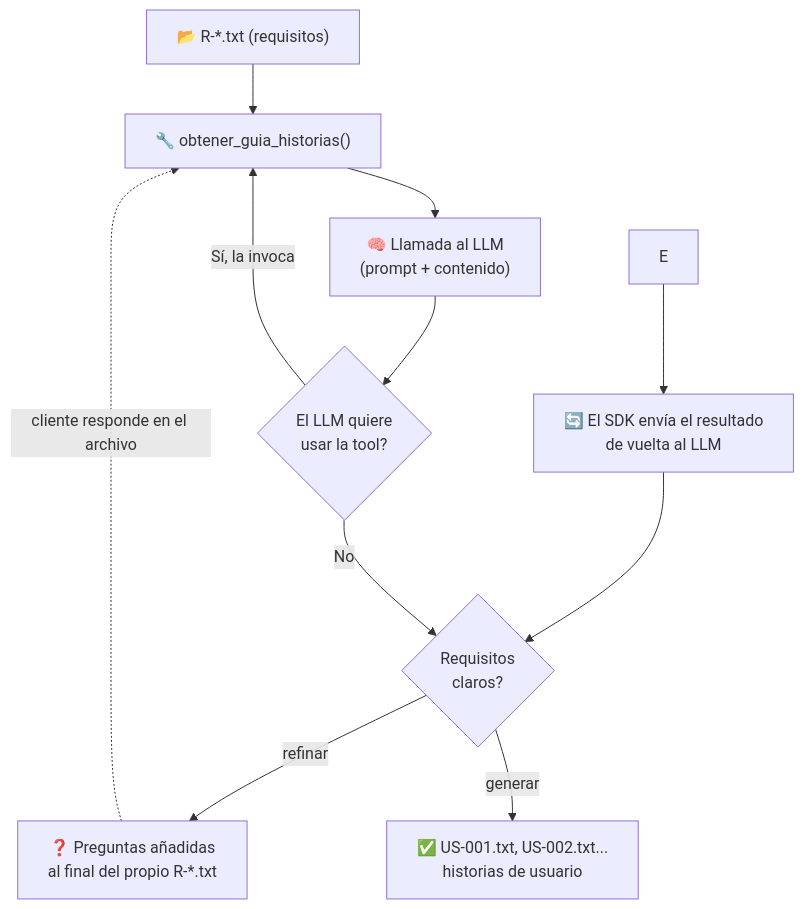
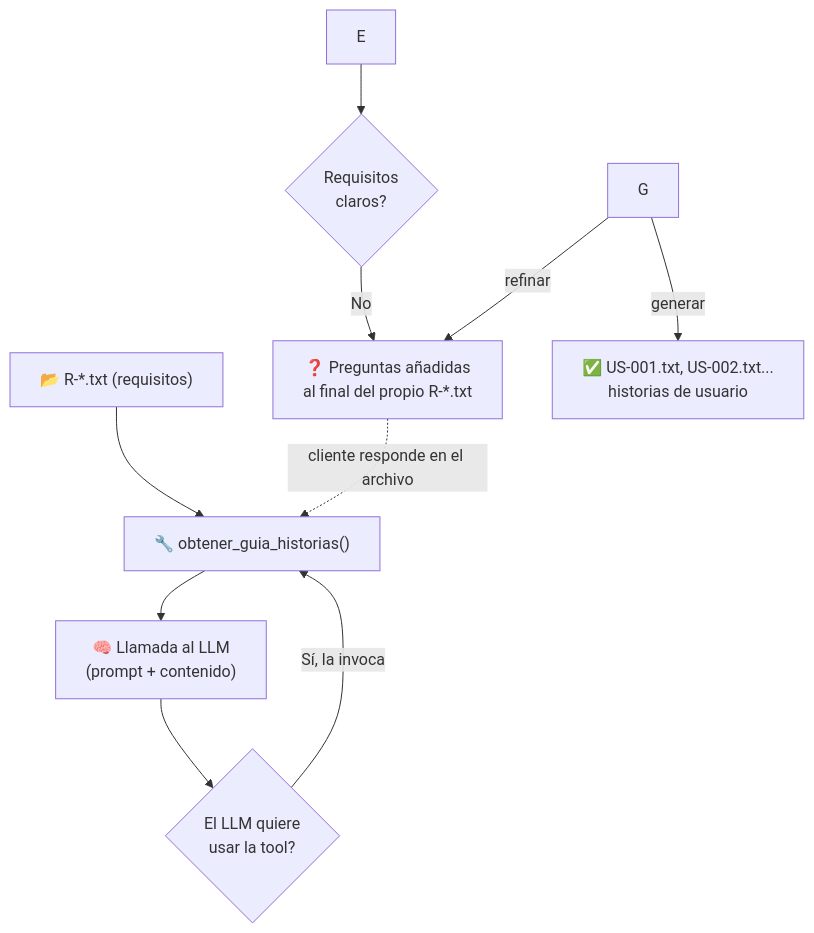
Before and after one commit to fcnatra/WorkshopAgent: the second of 2 diagrams in README.md, drawn with Mermaid.

Commit message:
Update flowchart in README for requirement clarity
Refactor flowchart logic for clearer requirements handling.

````diff
--- a/README.md
+++ b/README.md
@@ -25,13 +25,12 @@
 ```mermaid
 flowchart TD
     A["📂 R-*.txt (requisitos)"] --> B["🤖 Agente lee el archivo"]
     B --> C["🧠 Llamada al LLM\n(prompt + contenido)"]
     C --> D{"El LLM quiere\nusar la tool?"}
     D -->|Sí, la invoca| B["🔧 obtener_guia_historias()\n"]
-    E --> F["🔄 El SDK envía el resultado\nde vuelta al LLM"]
-    F --> G{"Requisitos\nclaros?"}
-    D -->|No| G
+    E --> F{"Requisitos\nclaros?"}
+    F -->|No| H
     G -->|"refinar"| H["❓ Preguntas añadidas\nal final del propio R-*.txt"]
     G -->|"generar"| I["✅ US-001.txt, US-002.txt...\nhistorias de usuario"]
     H -. "cliente responde en el archivo" .-> B
 ```
````
